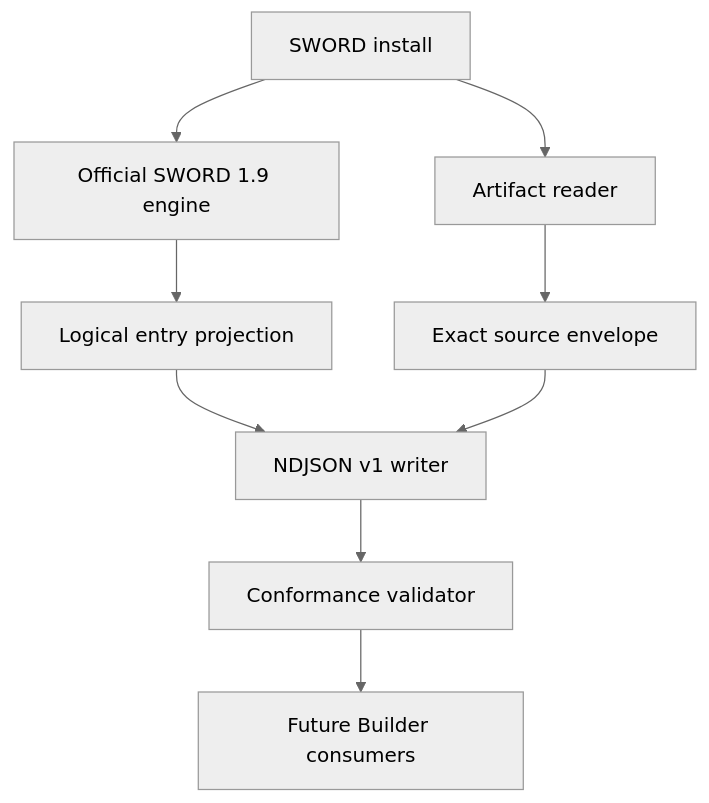
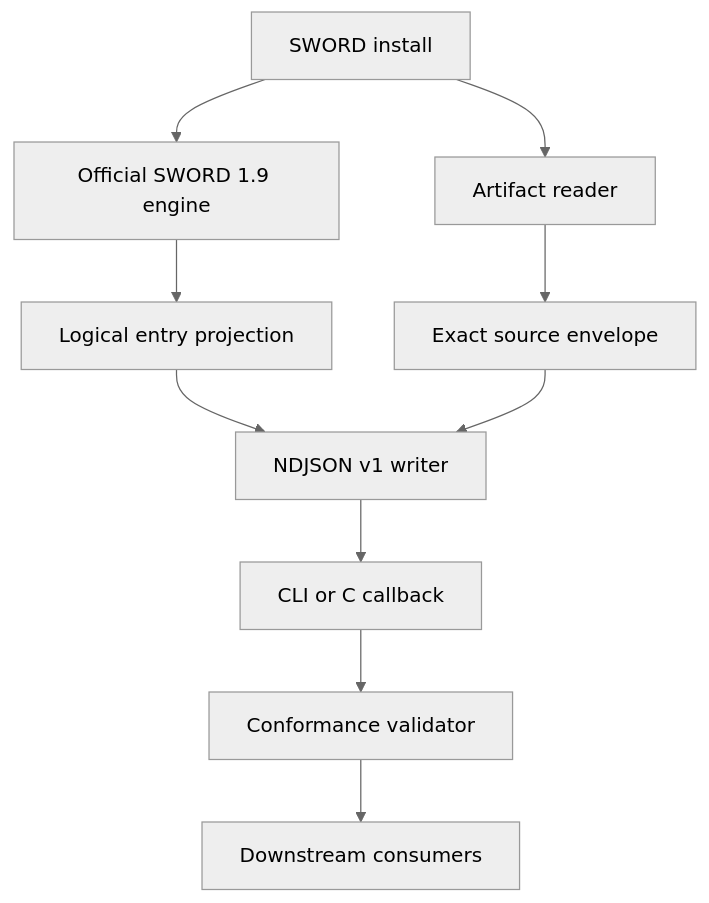
Before and after one commit to getbible/getbiblesword: the diagram in docs/architecture.md, drawn with Mermaid (neutral theme). The commit also changed other lines of this file and 37 other files, not shown here.

````diff
--- a/docs/architecture.md
+++ b/docs/architecture.md
@@ -9,11 +10,12 @@
 ```mermaid
 flowchart TD
   A["SWORD install"] --> B["Official SWORD 1.9 engine"]
   A --> C["Artifact reader"]
   B --> D["Logical entry projection"]
   C --> E["Exact source envelope"]
   D --> F["NDJSON v1 writer"]
   E --> F
-  F --> G["Conformance validator"]
-  G --> H["Future Builder consumers"]
+  F --> G["CLI or C callback"]
+  G --> H["Conformance validator"]
+  H --> I["Downstream consumers"]
 ```
````
